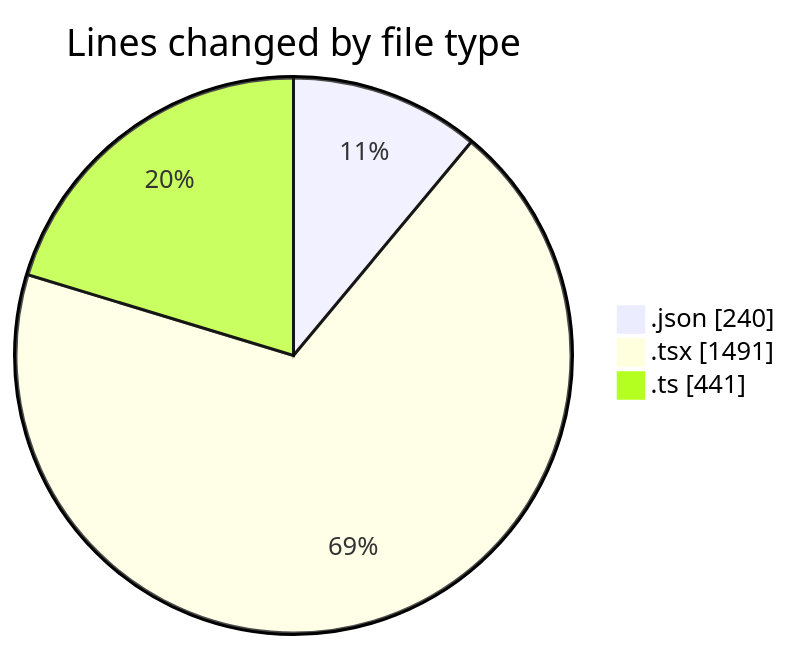
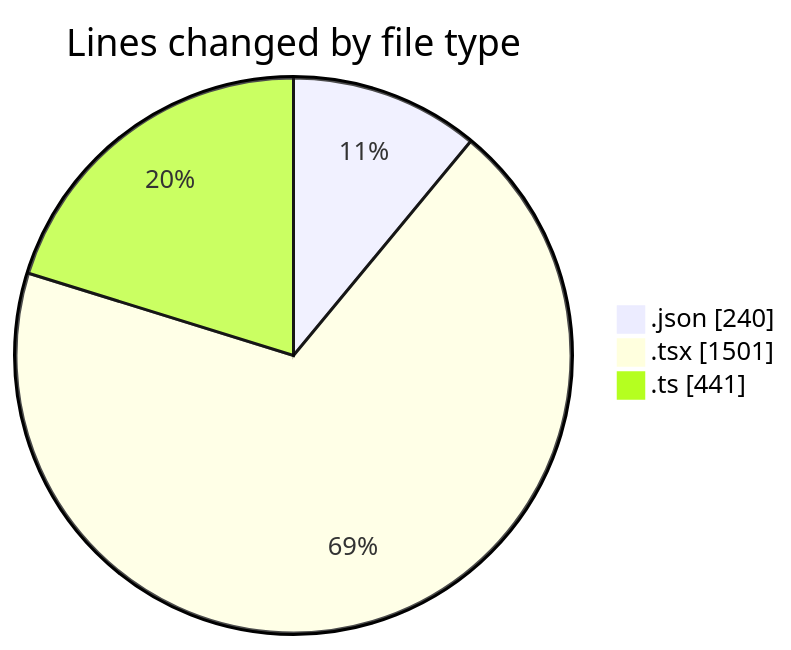
The first of 2 diagrams in 2025-11-17/eventscop-frontend-guide__workspace_/README.md (julien-gomy/code-tracking), drawn with Mermaid before and after one commit. The commit also changed other lines of this file and 1 other file, not shown here.

````diff
--- a/2025-11-17/eventscop-frontend-guide__workspace_/README.md
+++ b/2025-11-17/eventscop-frontend-guide__workspace_/README.md
@@ -29,7 +29,7 @@
 ```mermaid
 pie showData
 title Lines changed by file type
 ".json" : 240
-".tsx" : 1491
+".tsx" : 1501
 ".ts" : 441
 ```
````
